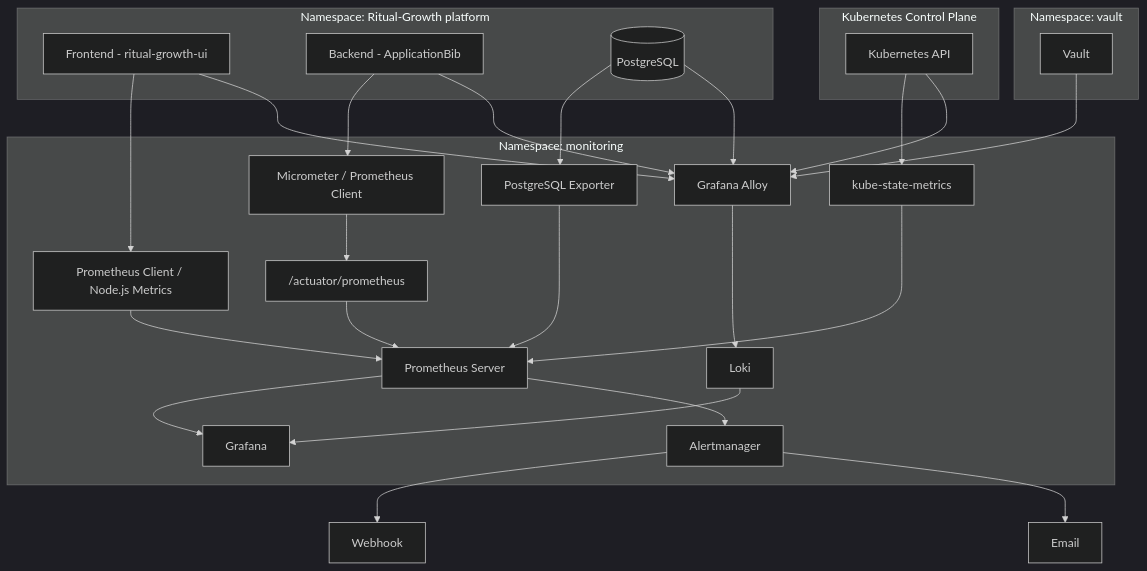
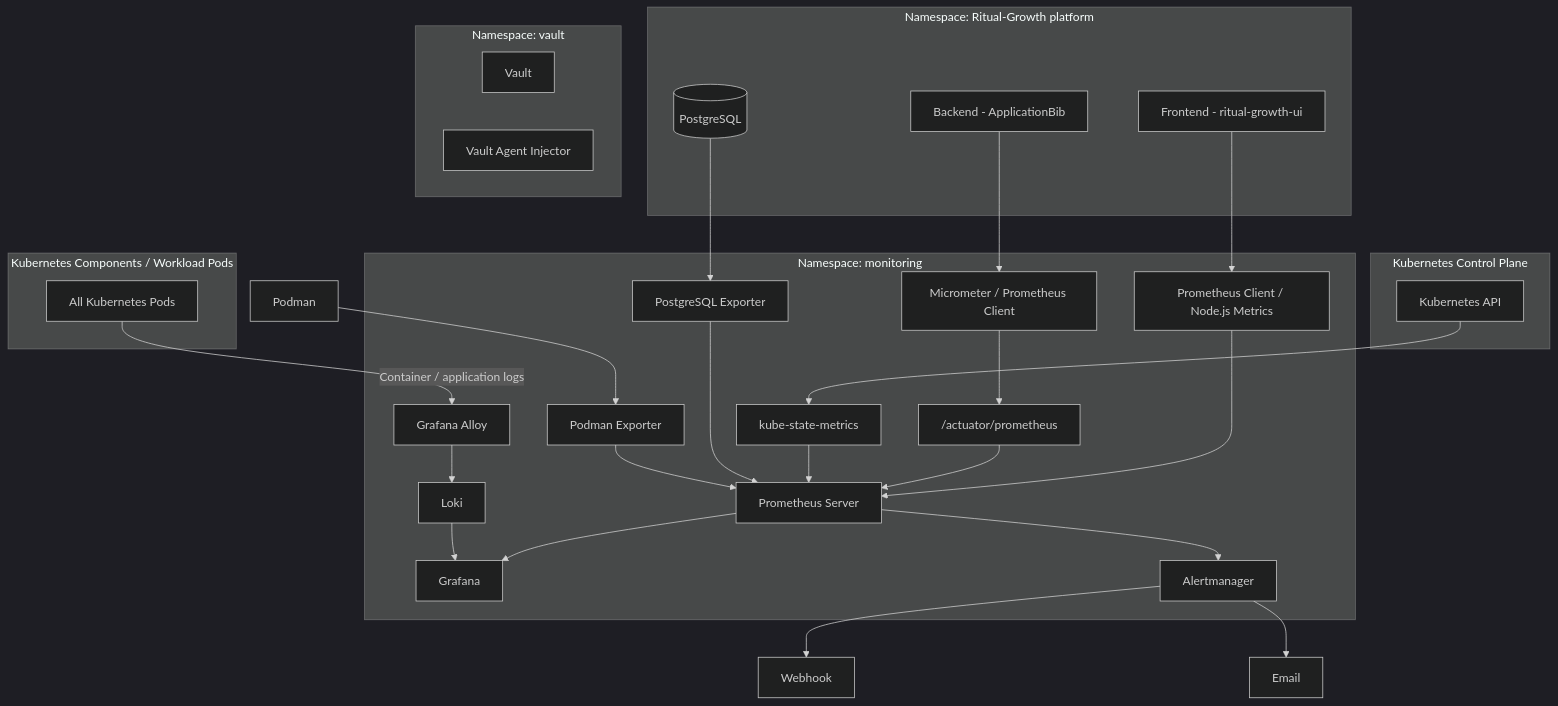
Before and after one commit to chaos-MK/ApplicationBib: the sixth of 9 diagrams in docs/threat-model/threat-model.md, drawn with Mermaid (dark theme). The commit also changed other lines of this file, not shown here.

Commit message:
docs: update observability architecture [skip ci]

````diff
--- a/docs/threat-model/threat-model.md
+++ b/docs/threat-model/threat-model.md
@@ -564,67 +591,73 @@
 ```mermaid
 flowchart TD
     subgraph ApplicationNamespace ["Namespace: Ritual-Growth platform"]
         FE[Frontend - ritual-growth-ui]
         BE[Backend - ApplicationBib]
         PG[(PostgreSQL)]
     end
 
     subgraph VaultNamespace ["Namespace: vault"]
         VAULT[Vault]
+        VAI[Vault Agent Injector]
     end
 
     subgraph MonitoringNamespace ["Namespace: monitoring"]
         FMC[Prometheus Client / Node.js Metrics]
         MC[Micrometer / Prometheus Client]
         EP["/actuator/prometheus"]
 
         PS[Prometheus Server]
         KSM[kube-state-metrics]
         PGE[PostgreSQL Exporter]
+        PEX[Podman Exporter]
 
         ALLOY[Grafana Alloy]
         LOKI[Loki]
         GF[Grafana]
         AM[Alertmanager]
     end
 
     subgraph KubernetesControlPlane ["Kubernetes Control Plane"]
         KA[Kubernetes API]
     end
 
+    subgraph KubernetesComponents ["Kubernetes Components / Workload Pods"]
+        KPODS[All Kubernetes Pods]
+    end
+
     %% Frontend metrics
     FE --> FMC
     FMC --> PS
 
     %% Backend metrics
     BE --> MC
     MC --> EP
     EP --> PS
 
-    %% Kubernetes metrics
+    %% Kubernetes state metrics
     KA --> KSM
     KSM --> PS
 
     %% PostgreSQL metrics
     PG --> PGE
     PGE --> PS
 
+    %% Podman metrics
+    PEX --> PS
+    PODMAN[Podman] --> PEX
+
     %% Metrics visualization
     PS --> GF
 
-    %% Log collection
-    FE --> ALLOY
-    BE --> ALLOY
-    PG --> ALLOY
-    VAULT --> ALLOY
-    KA --> ALLOY
+    %% Cluster-wide log collection
+    KPODS -- "Container / application logs" --> ALLOY
 
     %% Log storage / visualization
     ALLOY --> LOKI
     LOKI --> GF
 
     %% Alerting
     PS --> AM
     AM --> WH[Webhook]
     AM --> EM[Email]
 ```
````
